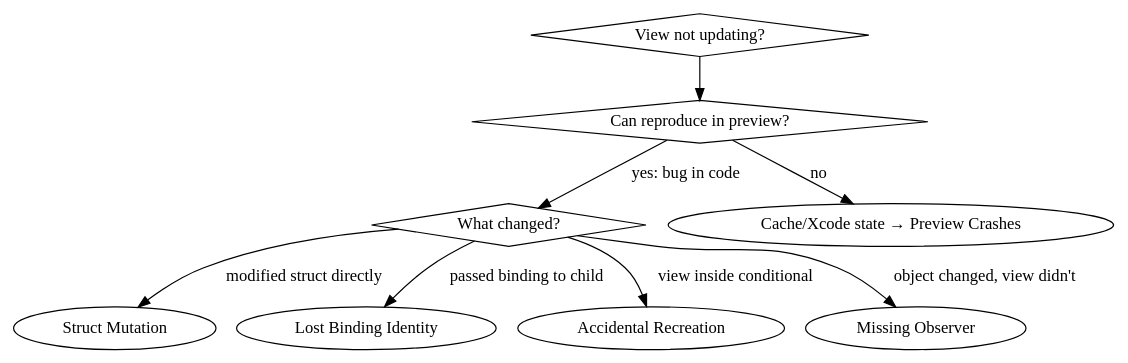
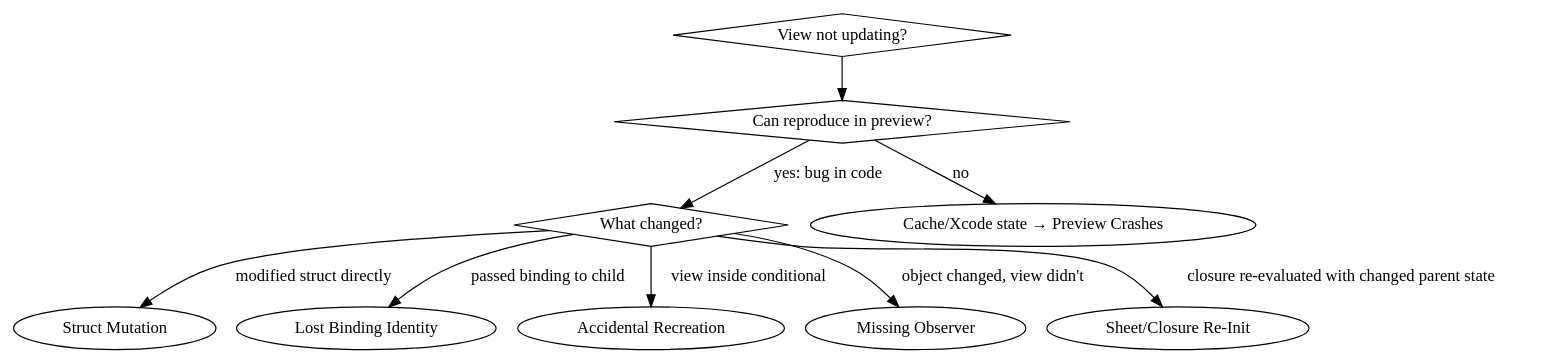
Before and after one commit to CharlesWiltgen/Axiom: the first of 2 diagrams in .claude-plugin/plugins/axiom/skills/axiom-swiftui-debugging/SKILL.md, drawn with Graphviz. The commit also changed other lines of this file and 1 other file, not shown here.

First line of the commit message:
feat(skills): Add sheet parent state re-initialization pattern

````diff
--- a/.claude-plugin/plugins/axiom/skills/axiom-swiftui-debugging/SKILL.md
+++ b/.claude-plugin/plugins/axiom/skills/axiom-swiftui-debugging/SKILL.md
@@ -407,16 +466,17 @@
 ```dot
 digraph view_not_updating {
     start [label="View not updating?" shape=diamond];
     reproduce [label="Can reproduce in preview?" shape=diamond];
     cause [label="What changed?" shape=diamond];
 
     start -> reproduce;
     reproduce -> cause [label="yes: bug in code"];
     reproduce -> "Cache/Xcode state → Preview Crashes" [label="no"];
 
     cause -> "Struct Mutation" [label="modified struct directly"];
     cause -> "Lost Binding Identity" [label="passed binding to child"];
     cause -> "Accidental Recreation" [label="view inside conditional"];
     cause -> "Missing Observer" [label="object changed, view didn't"];
+    cause -> "Sheet/Closure Re-Init" [label="closure re-evaluated with changed parent state"];
 }
 ```
````
